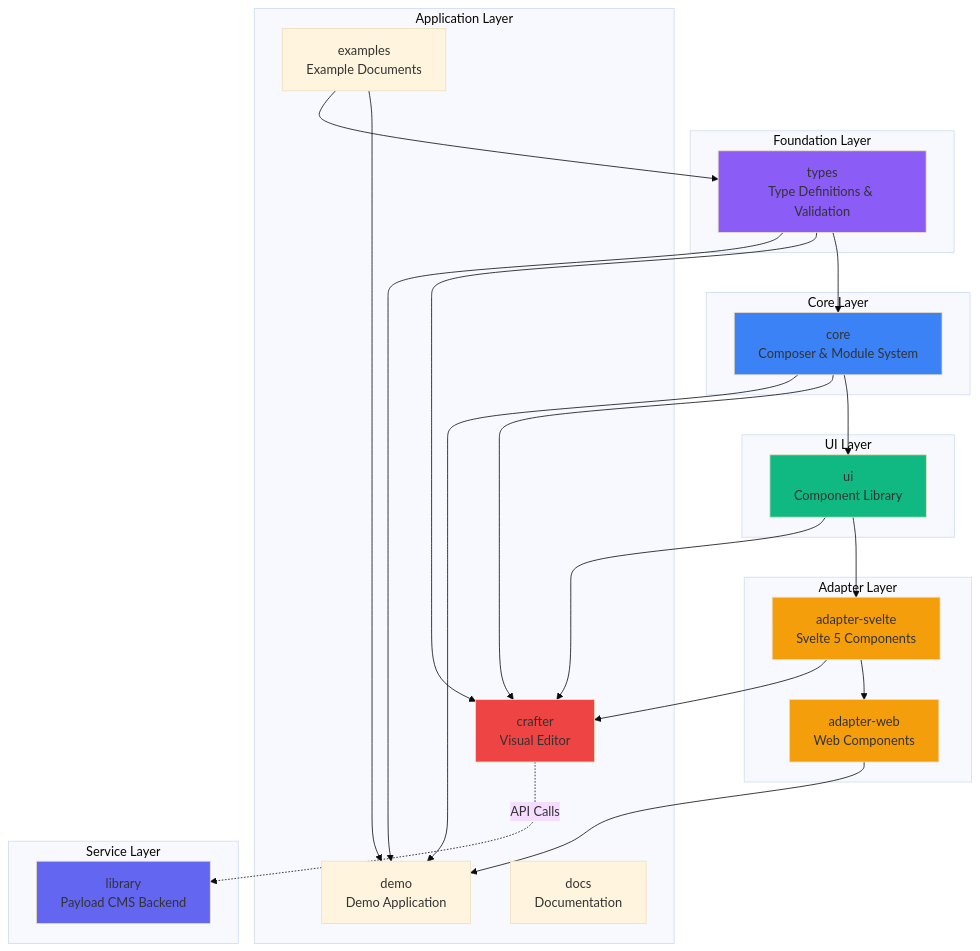
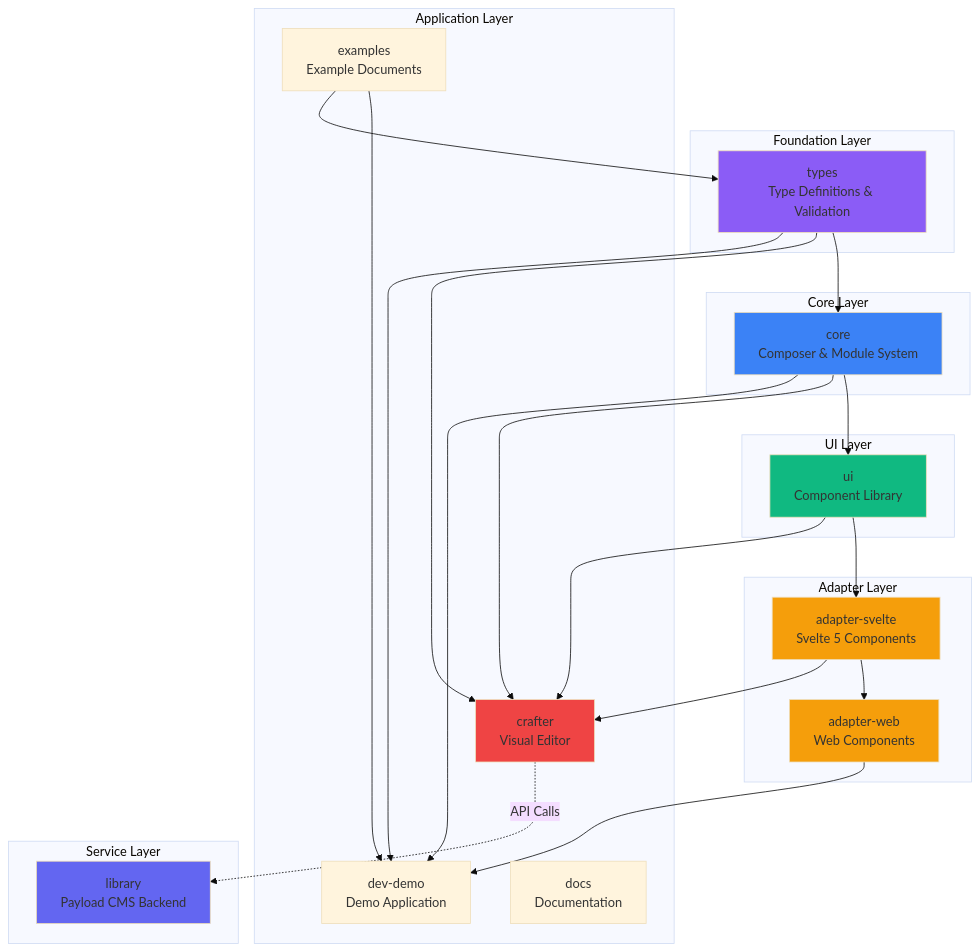
Before and after one commit to mainzcript/ujl: the first of 8 diagrams in apps/docs/src/arc42/05-building-block-view.md, drawn with Mermaid (base theme). The commit also changed other lines of this file and 21 other files, not shown here.

Commit message:
refactor: update documentation to rename media terminology to image, clarify storage modes, and enhance consistency across architecture sections, including examples and API references

````diff
--- a/apps/docs/src/arc42/05-building-block-view.md
+++ b/apps/docs/src/arc42/05-building-block-view.md
@@ -16,56 +16,56 @@
 ```mermaid
 graph TB
     subgraph "Foundation Layer"
         Types[types<br/>Type Definitions & Validation]
     end
 
     subgraph "Core Layer"
         Core[core<br/>Composer & Module System]
     end
 
     subgraph "UI Layer"
         UI[ui<br/>Component Library]
     end
 
     subgraph "Adapter Layer"
         AdapterSvelte[adapter-svelte<br/>Svelte 5 Components]
         AdapterWeb[adapter-web<br/>Web Components]
     end
 
-    subgraph "Application Layer"
-        Crafter[crafter<br/>Visual Editor]
-        Demo[demo<br/>Demo Application]
-        Docs[docs<br/>Documentation]
-        Examples[examples<br/>Example Documents]
-    end
+	    subgraph "Application Layer"
+	        Crafter[crafter<br/>Visual Editor]
+	        DevDemo[dev-demo<br/>Demo Application]
+	        Docs[docs<br/>Documentation]
+	        Examples[examples<br/>Example Documents]
+	    end
 
     subgraph "Service Layer"
         ImageService[library<br/>Payload CMS Backend]
     end
 
     Types --> Core
     Core --> UI
     UI --> AdapterSvelte
     AdapterSvelte --> AdapterWeb
 
     Core --> Crafter
     AdapterSvelte --> Crafter
     UI --> Crafter
     Types --> Crafter
     Crafter -.->|API Calls| ImageService
 
-    Core --> Demo
-    AdapterWeb --> Demo
-    Examples --> Demo
-    Types --> Demo
+	    Core --> DevDemo
+	    AdapterWeb --> DevDemo
+	    Examples --> DevDemo
+	    Types --> DevDemo
 
     Examples --> Types
 
     style Types fill:#8b5cf6
     style Core fill:#3b82f6
     style UI fill:#10b981
     style AdapterSvelte fill:#f59e0b
     style AdapterWeb fill:#f59e0b
     style Crafter fill:#ef4444
     style ImageService fill:#6366f1
 ```
````
